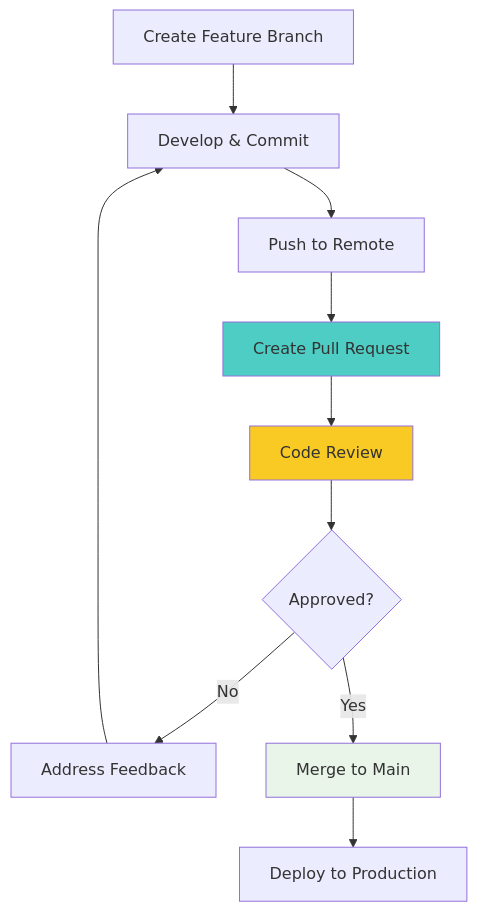
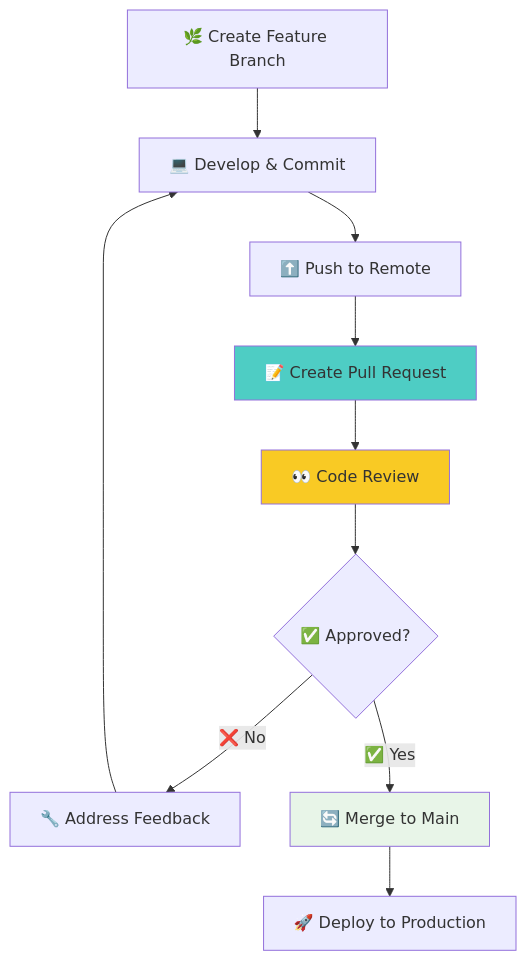
The sixth of 6 diagrams in README.md (thetorangi/all-about-git), drawn with Mermaid before and after one commit. The commit also changed other lines of this file, not shown here.

````diff
--- a/README.md
+++ b/README.md
@@ -542,16 +542,16 @@
 ```mermaid
 flowchart TD
-    A[Create Feature Branch] --> B[Develop & Commit]
-    B --> C[Push to Remote]
-    C --> D[Create Pull Request]
-    D --> E[Code Review]
-    E --> F{Approved?}
-    F -->|No| G[Address Feedback]
+    A[🌿 Create Feature Branch] --> B[💻 Develop & Commit]
+    B --> C[⬆️ Push to Remote]
+    C --> D[📝 Create Pull Request]
+    D --> E[👀 Code Review]
+    E --> F{✅ Approved?}
+    F -->|❌ No| G[🔧 Address Feedback]
     G --> B
-    F -->|Yes| H[Merge to Main]
-    H --> I[Deploy to Production]
+    F -->|✅ Yes| H[🔄 Merge to Main]
+    H --> I[🚀 Deploy to Production]
     
     style D fill:#4ecdc4
     style E fill:#f9ca24
     style H fill:#e8f5e8
 ```
````
